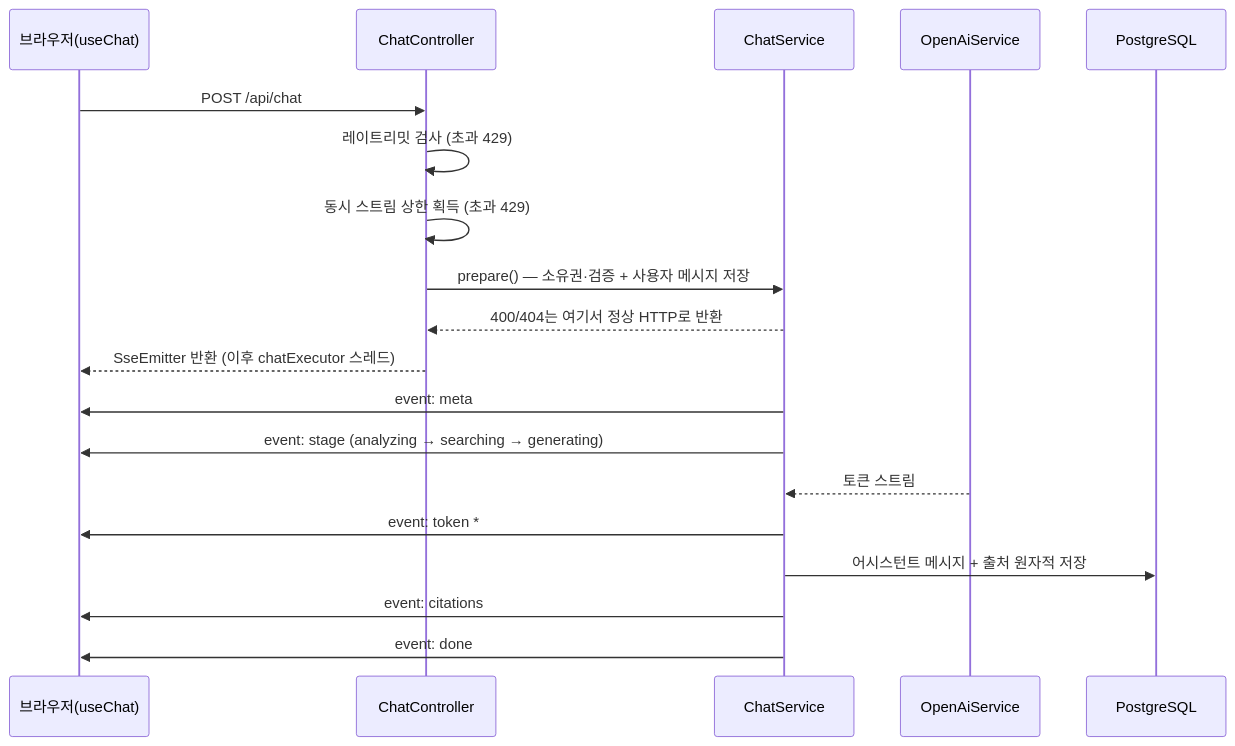
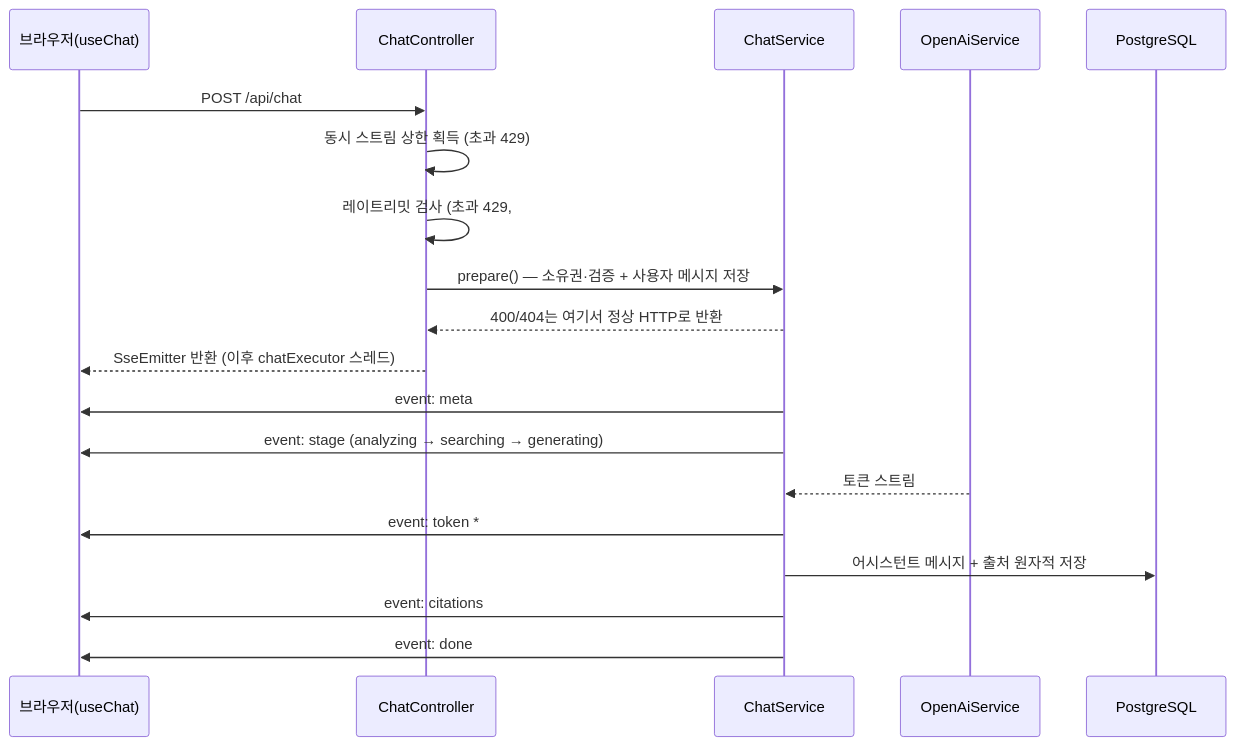
The second of 2 diagrams in docs/02_architecture/overview.md (changs0124/rag-chatbot), drawn with Mermaid before and after one commit. The commit also changed other lines of this file and 13 other files, not shown here.

````diff
--- a/docs/02_architecture/overview.md
+++ b/docs/02_architecture/overview.md
@@ -70,22 +70,22 @@
 ```mermaid
 sequenceDiagram
   participant U as 브라우저(useChat)
   participant C as ChatController
   participant S as ChatService
   participant O as OpenAiService
   participant DB as PostgreSQL
 
   U->>C: POST /api/chat
-  C->>C: 레이트리밋 검사 (초과 429)
   C->>C: 동시 스트림 상한 획득 (초과 429)
+  C->>C: 레이트리밋 검사 (초과 429, #96)
   C->>S: prepare() — 소유권·검증 + 사용자 메시지 저장
   S-->>C: 400/404는 여기서 정상 HTTP로 반환
   C-->>U: SseEmitter 반환 (이후 chatExecutor 스레드)
   S->>U: event: meta
   S->>U: event: stage (analyzing → searching → generating)
   O-->>S: 토큰 스트림
   S->>U: event: token *
   S->>DB: 어시스턴트 메시지 + 출처 원자적 저장
   S->>U: event: citations
   S->>U: event: done
 ```
````
